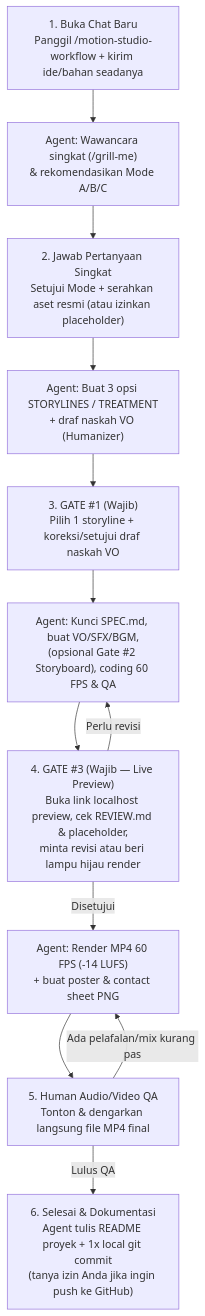
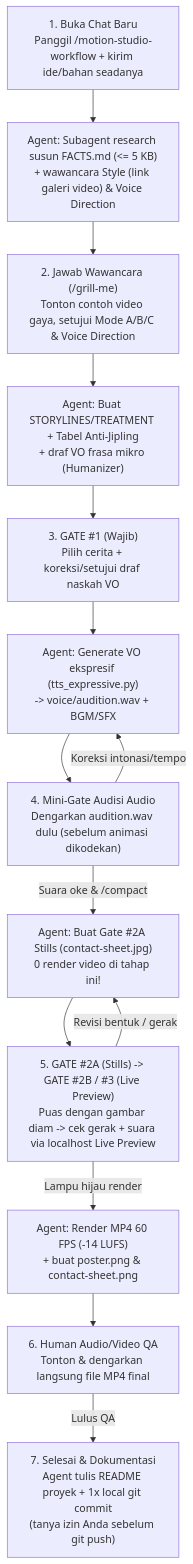
Before and after one commit to mhmmdridhali/AI-Motion-Studio: the diagram in USER_WORKFLOW.md, drawn with Mermaid. The commit also changed other lines of this file and 39 other files, not shown here.

Commit message:
feat: add Project 01 SI-PELITA explainer (9:16 60 FPS) and upgrade studio SOP to v2

````diff
--- a/USER_WORKFLOW.md
+++ b/USER_WORKFLOW.md
@@ -18,14 +18,16 @@
 ```mermaid
 flowchart TD
-    U1["1. Buka Chat Baru<br/>Panggil /motion-studio-workflow + kirim ide/bahan seadanya"] --> A1["Agent: Wawancara singkat (/grill-me)<br/>& rekomendasikan Mode A/B/C"]
-    A1 --> U2["2. Jawab Pertanyaan Singkat<br/>Setujui Mode + serahkan aset resmi (atau izinkan placeholder)"]
-    U2 --> A2["Agent: Buat 3 opsi STORYLINES / TREATMENT<br/>+ draf naskah VO (Humanizer)"]
-    A2 --> U3["3. GATE #1 (Wajib)<br/>Pilih 1 storyline + koreksi/setujui draf naskah VO"]
-    U3 --> A3["Agent: Kunci SPEC.md, buat VO/SFX/BGM,<br/>(opsional Gate #2 Storyboard), coding 60 FPS & QA"]
-    A3 --> U4["4. GATE #3 (Wajib — Live Preview)<br/>Buka link localhost preview, cek REVIEW.md & placeholder,<br/>minta revisi atau beri lampu hijau render"]
-    U4 -->|Perlu revisi| A3
-    U4 -->|Disetujui| A4["Agent: Render MP4 60 FPS (-14 LUFS)<br/>+ buat poster & contact sheet PNG"]
-    A4 --> U5["5. Human Audio/Video QA<br/>Tonton & dengarkan langsung file MP4 final"]
-    U5 -->|Ada pelafalan/mix kurang pas| A4
-    U5 -->|Lulus QA| U6["6. Selesai & Dokumentasi<br/>Agent tulis README proyek + 1x local git commit<br/>(tanya izin Anda jika ingin push ke GitHub)"]
+    U1["1. Buka Chat Baru<br/>Panggil /motion-studio-workflow + kirim ide/bahan seadanya"] --> A1["Agent: Subagent research susun FACTS.md (<= 5 KB)<br/>+ wawancara Style (link galeri video) & Voice Direction"]
+    A1 --> U2["2. Jawab Wawancara (/grill-me)<br/>Tonton contoh video gaya, setujui Mode A/B/C & Voice Direction"]
+    U2 --> A2["Agent: Buat STORYLINES/TREATMENT + Tabel Anti-Jipling<br/>+ draf VO frasa mikro (Humanizer)"]
+    A2 --> U3["3. GATE #1 (Wajib)<br/>Pilih cerita + koreksi/setujui draf naskah VO"]
+    U3 --> A3["Agent: Generate VO ekspresif (tts_expressive.py)<br/>-> voice/audition.wav + BGM/SFX"]
+    A3 --> U4["4. Mini-Gate Audisi Audio<br/>Dengarkan audition.wav dulu (sebelum animasi dikodekan)"]
+    U4 -->|Koreksi intonasi/tempo| A3
+    U4 -->|Suara oke & /compact| A4["Agent: Buat Gate #2A Stills (contact-sheet.jpg)<br/>0 render video di tahap ini!"]
+    A4 --> U5["5. GATE #2A (Stills) -> GATE #2B / #3 (Live Preview)<br/>Puas dengan gambar diam -> cek gerak + suara via localhost Live Preview"]
+    U5 -->|Revisi bentuk / gerak| A4
+    U5 -->|Lampu hijau render| A5["Agent: Render MP4 60 FPS (-14 LUFS)<br/>+ buat poster.png & contact-sheet.png"]
+    A5 --> U6["6. Human Audio/Video QA<br/>Tonton & dengarkan langsung file MP4 final"]
+    U6 -->|Lulus QA| U7["7. Selesai & Dokumentasi<br/>Agent tulis README proyek + 1x local git commit<br/>(tanya izin Anda sebelum git push)"]
 ```
````
